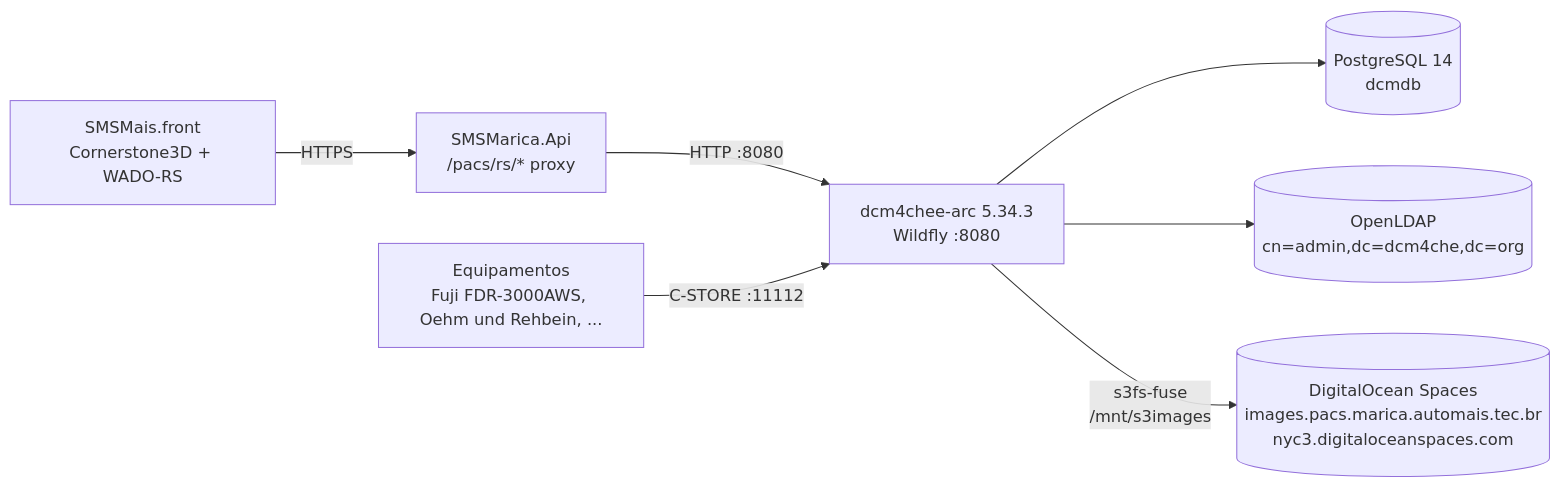
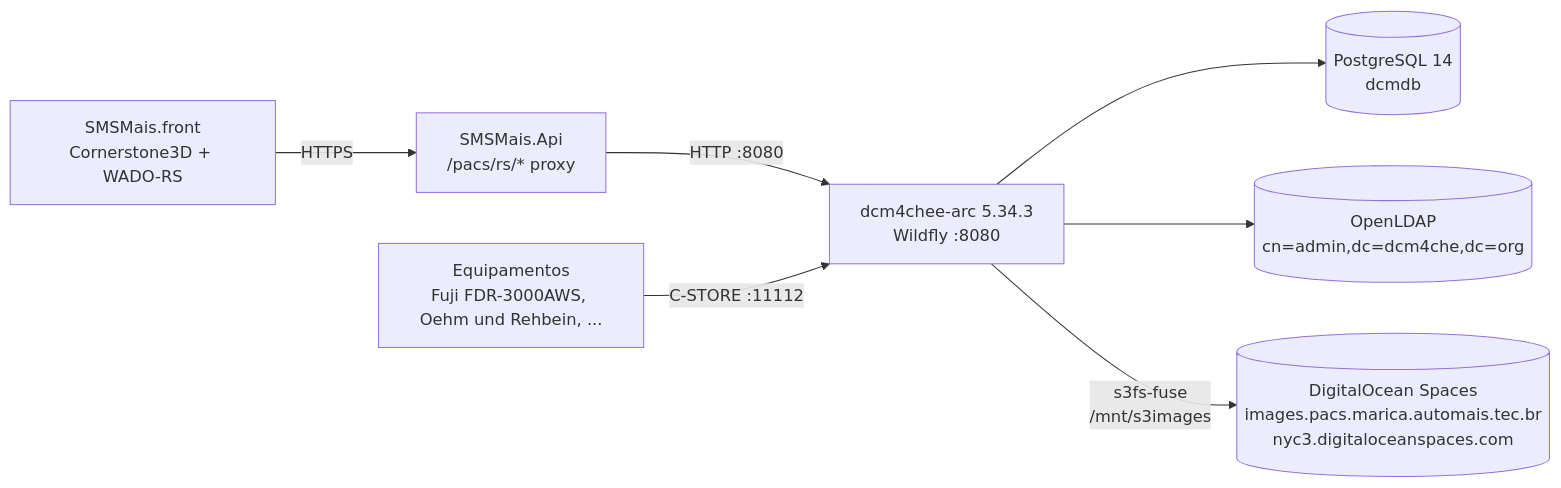
Before and after one commit to AutomaisIO/SMSMarica: the diagram in docs/pacs.md, drawn with Mermaid. The commit also changed other lines of this file and 8 other files, not shown here.

````diff
--- a/docs/pacs.md
+++ b/docs/pacs.md
@@ -16,16 +16,16 @@
 ```mermaid
 flowchart LR
   Front[SMSMais.front<br/>Cornerstone3D + WADO-RS]
-  Api[SMSMarica.Api<br/>/pacs/rs/* proxy]
+  Api[SMSMais.Api<br/>/pacs/rs/* proxy]
   Arc[dcm4chee-arc 5.34.3<br/>Wildfly :8080]
   PG[(PostgreSQL 14<br/>dcmdb)]
   LDAP[(OpenLDAP<br/>cn=admin,dc=dcm4che,dc=org)]
   S3[(DigitalOcean Spaces<br/>images.pacs.marica.automais.tec.br<br/>nyc3.digitaloceanspaces.com)]
   Mod[Equipamentos<br/>Fuji FDR-3000AWS, Oehm und Rehbein, ...]
 
   Front -->|HTTPS| Api -->|HTTP :8080| Arc
   Arc --> PG
   Arc --> LDAP
   Arc -->|s3fs-fuse<br/>/mnt/s3images| S3
   Mod -->|C-STORE :11112| Arc
 ```
````
